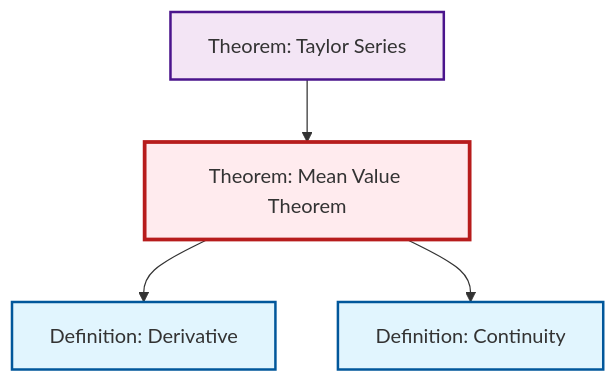
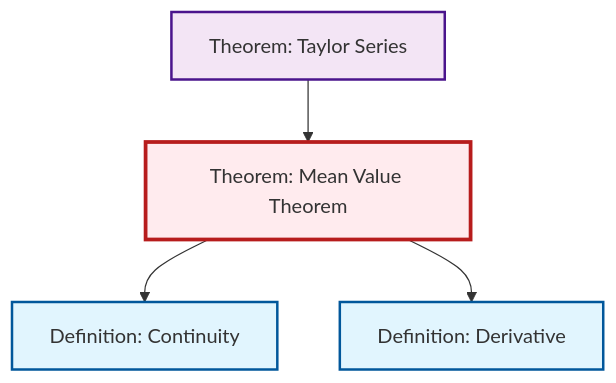
One commit to RK0429/ModernMath changed the diagram in content/ja/analysis/thm-mean-value.qmd. Above: the diagram before and after it, drawn with Mermaid. The commit also changed other lines of this file and 619 other files, not shown here.

````diff
--- a/content/ja/analysis/thm-mean-value.qmd
+++ b/content/ja/analysis/thm-mean-value.qmd
@@ -80,20 +80,20 @@
 ```{mermaid}
 %%| fig-cap: "Local dependency graph"
 graph TD
     classDef definition fill:#e1f5fe,stroke:#01579b,stroke-width:2px
     classDef theorem fill:#f3e5f5,stroke:#4a148c,stroke-width:2px
     classDef axiom fill:#fff3e0,stroke:#e65100,stroke-width:2px
     classDef example fill:#e8f5e9,stroke:#1b5e20,stroke-width:2px
     classDef current fill:#ffebee,stroke:#b71c1c,stroke-width:3px
     thm-taylor-series["Theorem: Taylor Series"]:::theorem
+    def-continuity["Definition: Continuity"]:::definition
     def-derivative["Definition: Derivative"]:::definition
     thm-mean-value["Theorem: Mean Value Theorem"]:::theorem
-    def-continuity["Definition: Continuity"]:::definition
+    thm-mean-value --> def-continuity
     thm-mean-value --> def-derivative
-    thm-mean-value --> def-continuity
     thm-taylor-series --> thm-mean-value
     class thm-mean-value current
     click thm-taylor-series "thm-taylor-series.html" "Theorem: Taylor Seriesへ"
+    click def-continuity "def-continuity.html" "Definition: Continuityへ"
     click def-derivative "def-derivative.html" "Definition: Derivativeへ"
-    click def-continuity "def-continuity.html" "Definition: Continuityへ"
 ```
````
